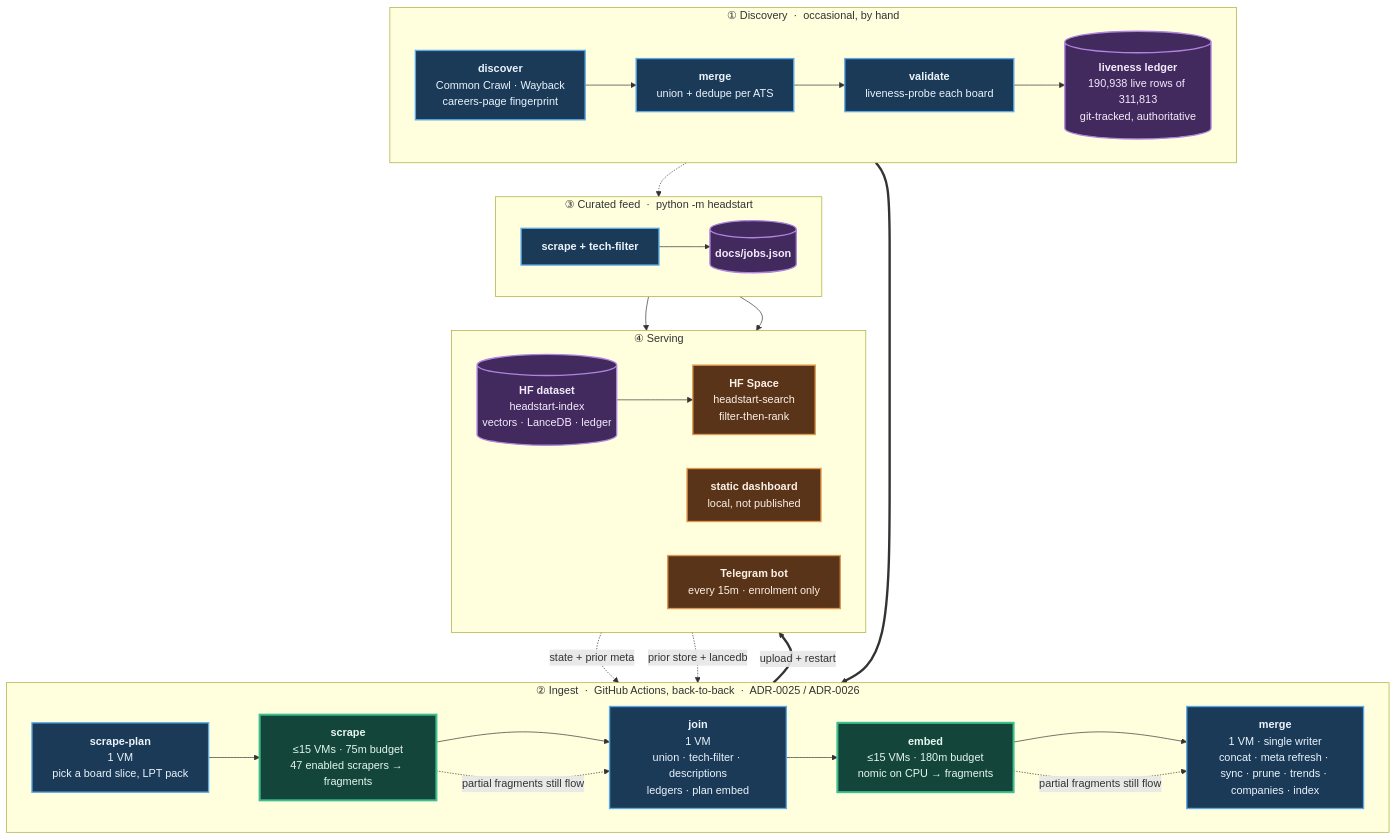
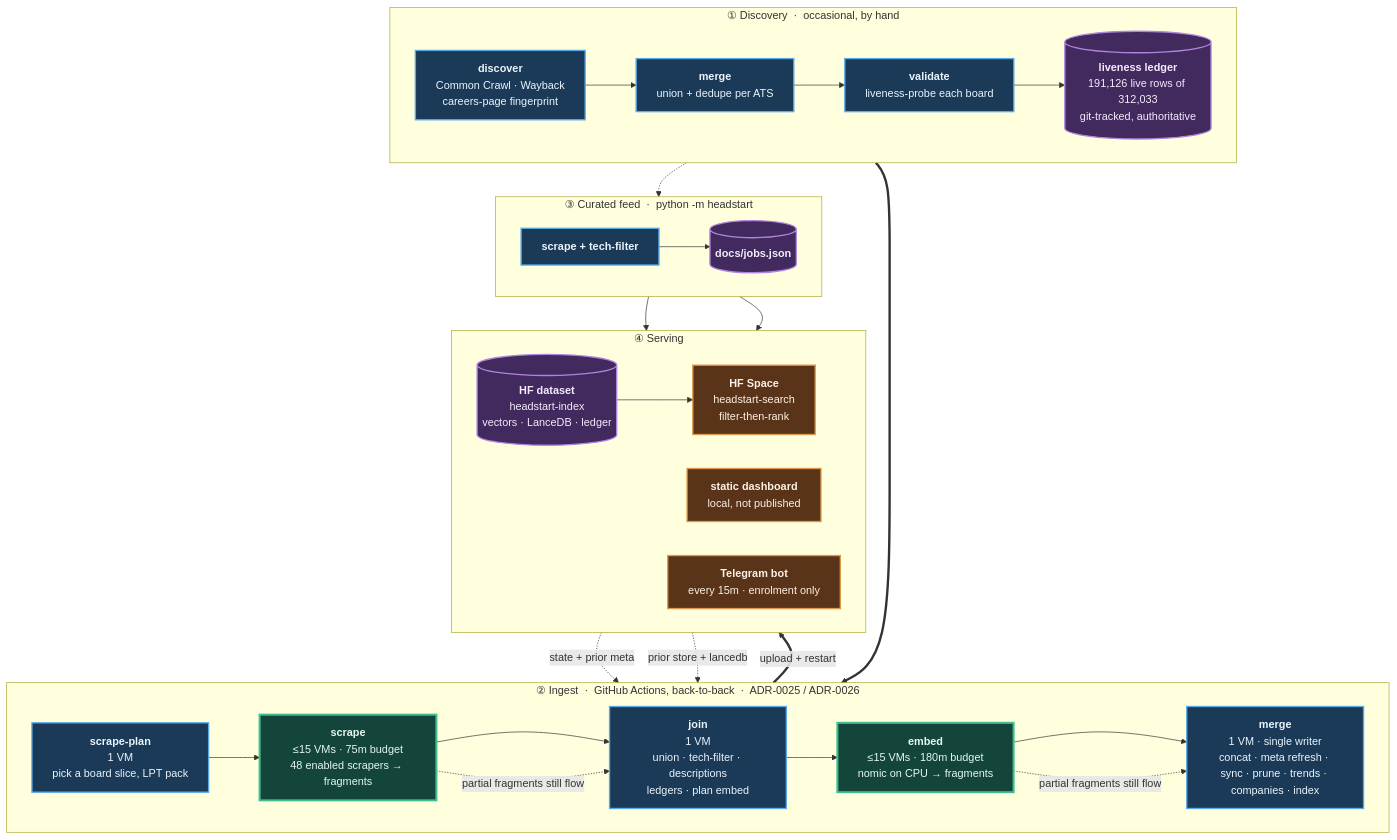
The diagram in README.md (sarthakjain004/headstart), drawn with Mermaid before and after one commit. The commit also changed other lines of this file and 17 other files, not shown here.

````diff
--- a/README.md
+++ b/README.md
@@ -180,56 +183,56 @@
 ```mermaid
 flowchart TB
     subgraph D["① Discovery &nbsp;·&nbsp; occasional, by hand"]
         direction LR
         D1["<b>discover</b><br/>Common Crawl · Wayback<br/>careers-page fingerprint"]
         D2["<b>merge</b><br/>union + dedupe per ATS"]
         D3["<b>validate</b><br/>liveness-probe each board"]
-        D4[("<b>liveness ledger</b><br/>190,938 live rows of 311,813<br/>git-tracked, authoritative")]
+        D4[("<b>liveness ledger</b><br/>191,126 live rows of 312,033<br/>git-tracked, authoritative")]
         D1 --> D2 --> D3 --> D4
     end
 
     subgraph P["② Ingest &nbsp;·&nbsp; GitHub Actions, back-to-back &nbsp;·&nbsp; ADR-0025 / ADR-0026"]
         direction LR
         P1["<b>scrape-plan</b><br/>1 VM<br/>pick a board slice, LPT pack"]
-        P2["<b>scrape</b><br/>≤15 VMs · 75m budget<br/>47 enabled scrapers → fragments"]
+        P2["<b>scrape</b><br/>≤15 VMs · 75m budget<br/>48 enabled scrapers → fragments"]
         P3["<b>join</b><br/>1 VM<br/>union · tech-filter · descriptions<br/>ledgers · plan embed"]
         P4["<b>embed</b><br/>≤15 VMs · 180m budget<br/>nomic on CPU → fragments"]
         P5["<b>merge</b><br/>1 VM · single writer<br/>concat · meta refresh · sync · prune · trends · companies · index"]
         P1 --> P2 --> P3 --> P4 --> P5
     end
 
     subgraph F["③ Curated feed &nbsp;·&nbsp; python -m headstart"]
         direction LR
         F1["<b>scrape + tech-filter</b>"]
         F2[("<b>docs/jobs.json</b>")]
         F1 --> F2
     end
 
     subgraph S["④ Serving"]
         direction LR
         S1[("<b>HF dataset</b><br/>headstart-index<br/>vectors · LanceDB · ledger")]
         S2["<b>HF Space</b><br/>headstart-search<br/>filter-then-rank"]
         S3["<b>static dashboard</b><br/>local, not published"]
         S4["<b>Telegram bot</b><br/>every 15m · enrolment only"]
         S1 --> S2
     end
 
     D4 ==> P1
     S1 -. "state + prior meta" .-> P1
     S1 -. "prior store + lancedb" .-> P5
     D4 -.-> F1
     P5 ==>|"upload + restart"| S1
     F2 --> S3
     F2 --> S4
     P2 -. "partial fragments still flow" .-> P3
     P4 -. "partial fragments still flow" .-> P5
 
     classDef serial fill:#1b3a57,stroke:#5aa9e6,stroke-width:2px,color:#eaf4fc
     classDef fan fill:#14453a,stroke:#3fbf8f,stroke-width:3px,color:#e4f7f0
     classDef store fill:#42295e,stroke:#b184dd,stroke-width:2px,color:#f4ecfc
     classDef serve fill:#5a3418,stroke:#e09a4f,stroke-width:2px,color:#fbf1e6
     class D1,D2,D3,P1,P3,P5,F1 serial
     class P2,P4 fan
     class D4,F2,S1 store
     class S2,S3,S4 serve
 ```
````
